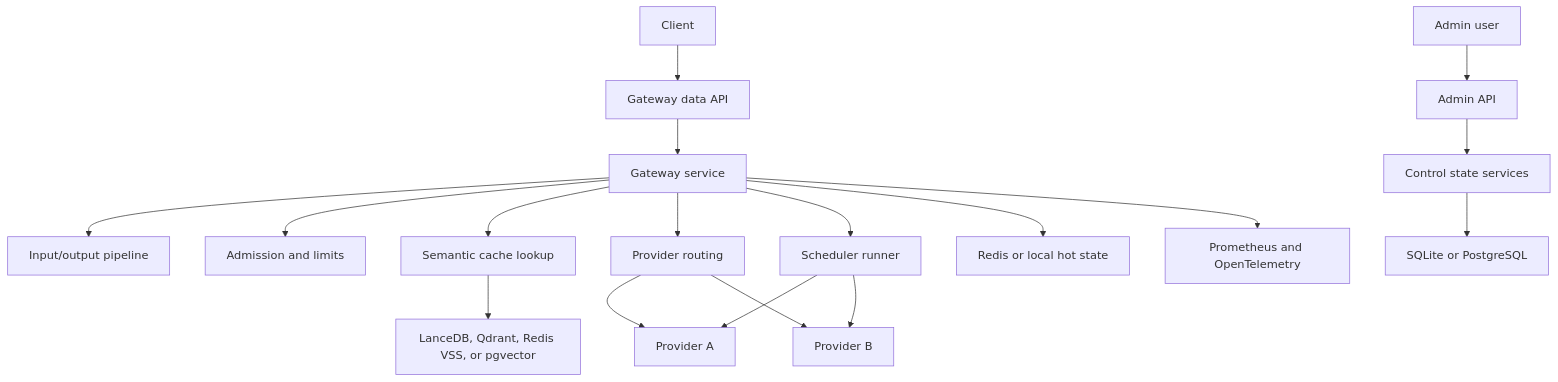
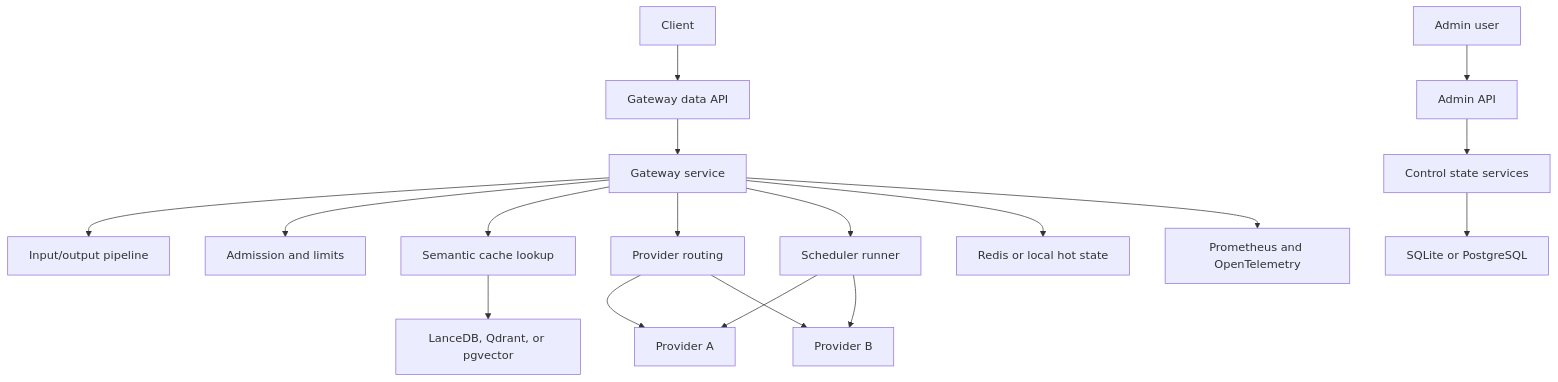
One commit to zardonc/VeloxMesh changed the third of 4 diagrams in docs/llm-latency-optimization.md. Above: the diagram before and after it, drawn with Mermaid. The commit also changed 1 other file, not shown here.

Commit message:
docs: add documentation for LLM latency optimization and the scheduler module

````diff
--- a/docs/llm-latency-optimization.md
+++ b/docs/llm-latency-optimization.md
@@ -71,24 +71,24 @@
 ```mermaid
 flowchart TB
     Client["Client"] --> DataAPI["Gateway data API"]
     Admin["Admin user"] --> AdminAPI["Admin API"]
 
     DataAPI --> Service["Gateway service"]
     AdminAPI --> Control["Control state services"]
 
     Service --> Pipeline["Input/output pipeline"]
     Service --> Admission["Admission and limits"]
     Service --> CacheLookup["Semantic cache lookup"]
     Service --> Routing["Provider routing"]
     Service --> Scheduling["Scheduler runner"]
 
     Routing --> ProviderA["Provider A"]
     Routing --> ProviderB["Provider B"]
     Scheduling --> ProviderA
     Scheduling --> ProviderB
 
     Control --> DB["SQLite or PostgreSQL"]
     Service --> HotState["Redis or local hot state"]
-    CacheLookup --> Vector["LanceDB, Qdrant, Redis VSS, or pgvector"]
+    CacheLookup --> Vector["LanceDB, Qdrant, or pgvector"]
     Service --> Observability["Prometheus and OpenTelemetry"]
 ```
````
